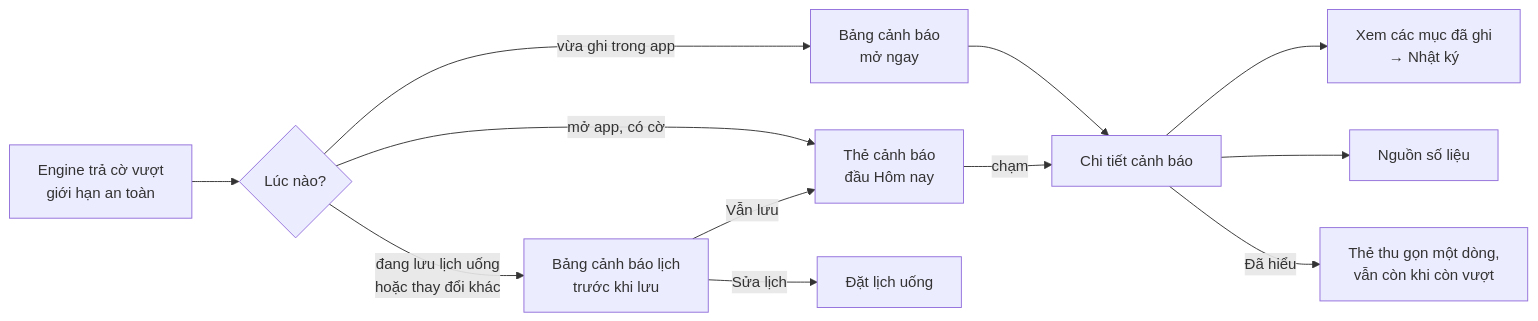
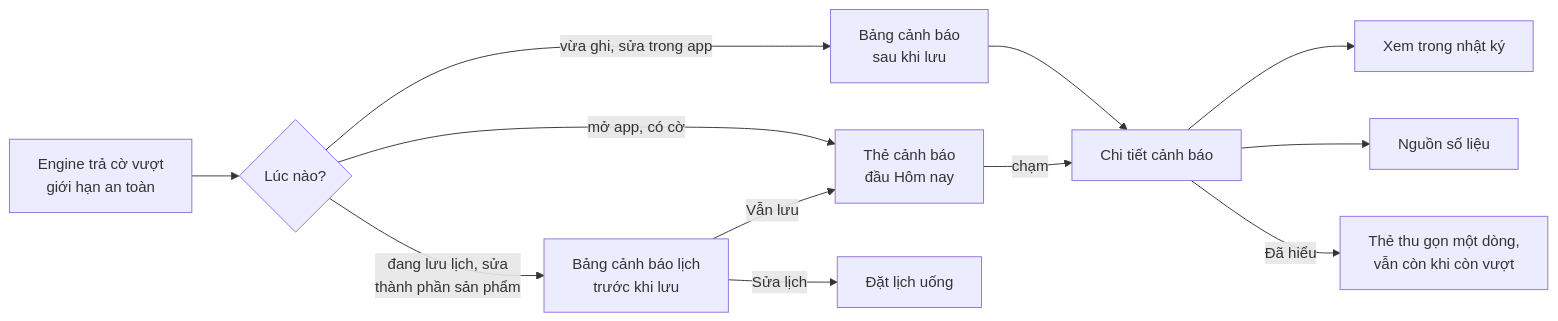
The sixth of 6 diagrams in docs/design/mvp-overview.md (anhdt9/wholewell-app), drawn with Mermaid before and after one commit. The commit also changed other lines of this file and 2 other files, not shown here.

First line of the commit message:
Sửa thiết kế UX tổng thể cho khớp engine và nguồn

````diff
--- a/docs/design/mvp-overview.md
+++ b/docs/design/mvp-overview.md
@@ -135,14 +169,14 @@
 ```mermaid
 flowchart LR
   E[Engine trả cờ vượt<br/>giới hạn an toàn] --> A{Lúc nào?}
-  A -->|vừa ghi trong app| S[Bảng cảnh báo<br/>mở ngay]
+  A -->|vừa ghi, sửa trong app| S[Bảng cảnh báo<br/>sau khi lưu]
+  A -->|đang lưu lịch, sửa<br/>thành phần sản phẩm| SL[Bảng cảnh báo lịch<br/>trước khi lưu]
   A -->|mở app, có cờ| C[Thẻ cảnh báo<br/>đầu Hôm nay]
-  A -->|đang lưu lịch uống<br/>hoặc thay đổi khác| SL[Bảng cảnh báo lịch<br/>trước khi lưu]
   SL -->|Sửa lịch| DL[Đặt lịch uống]
   SL -->|Vẫn lưu| C
   S --> CW[Chi tiết cảnh báo]
   C -->|chạm| CW
-  CW --> L[Xem các mục đã ghi<br/>→ Nhật ký]
+  CW --> L[Xem trong nhật ký]
   CW --> NS[Nguồn số liệu]
   CW -->|Đã hiểu| C2[Thẻ thu gọn một dòng,<br/>vẫn còn khi còn vượt]
 ```
````
